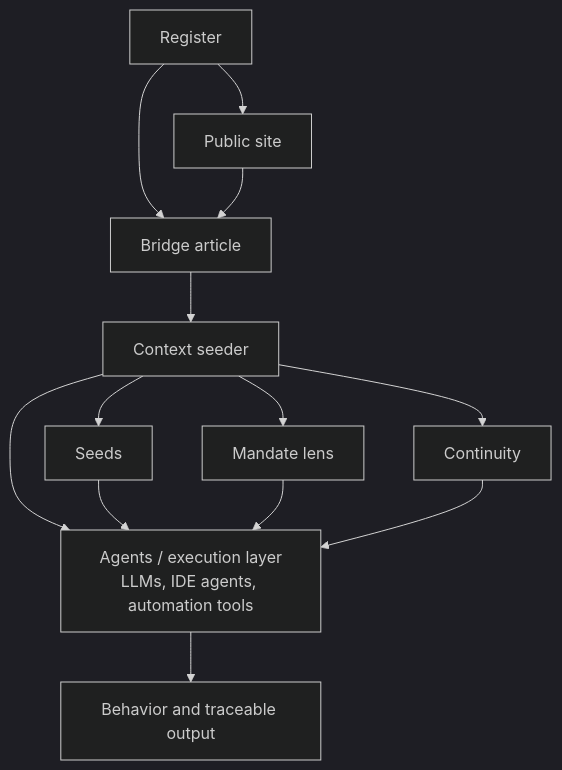
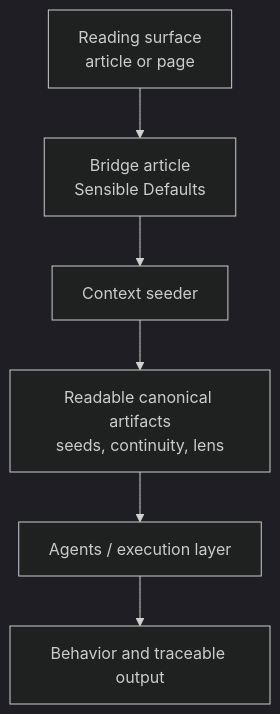
The diagram in apps/site/src/content/register/orientation/en-us/about/architecture.mdx (Mikeys-Tech-Lab/poc), drawn with Mermaid (dark theme) before and after one commit. The commit also changed other lines of this file and 14 other files, not shown here.

First line of the commit message:
fix(astro): refine clarity reading and activation flow

````diff
--- a/apps/site/src/content/register/orientation/en-us/about/architecture.mdx
+++ b/apps/site/src/content/register/orientation/en-us/about/architecture.mdx
@@ -30,25 +31,15 @@
 ```mermaid
 flowchart TD
-    PS["Public site"]
-    BA["Bridge article"]
-    REG["Register"]
+    PS["Reading surface<br/>article or page"]
+    BA["Bridge article<br/>Sensible Defaults"]
     CS["Context seeder"]
-    SD["Seeds"]
-    ML["Mandate lens"]
-    CT["Continuity"]
-    AX["Agents / execution layer<br/>LLMs, IDE agents, automation tools"]
+    CA["Readable canonical artifacts<br/>seeds, continuity, lens"]
+    AX["Agents / execution layer"]
     OUT["Behavior and traceable output"]
 
-    REG --> PS
-    REG --> BA
     PS --> BA
     BA --> CS
-    CS --> SD
-    CS --> ML
-    CS --> CT
-    CS --> AX
-    SD --> AX
-    ML --> AX
-    CT --> AX
+    CS --> CA
+    CA --> AX
     AX --> OUT
 ```
````
